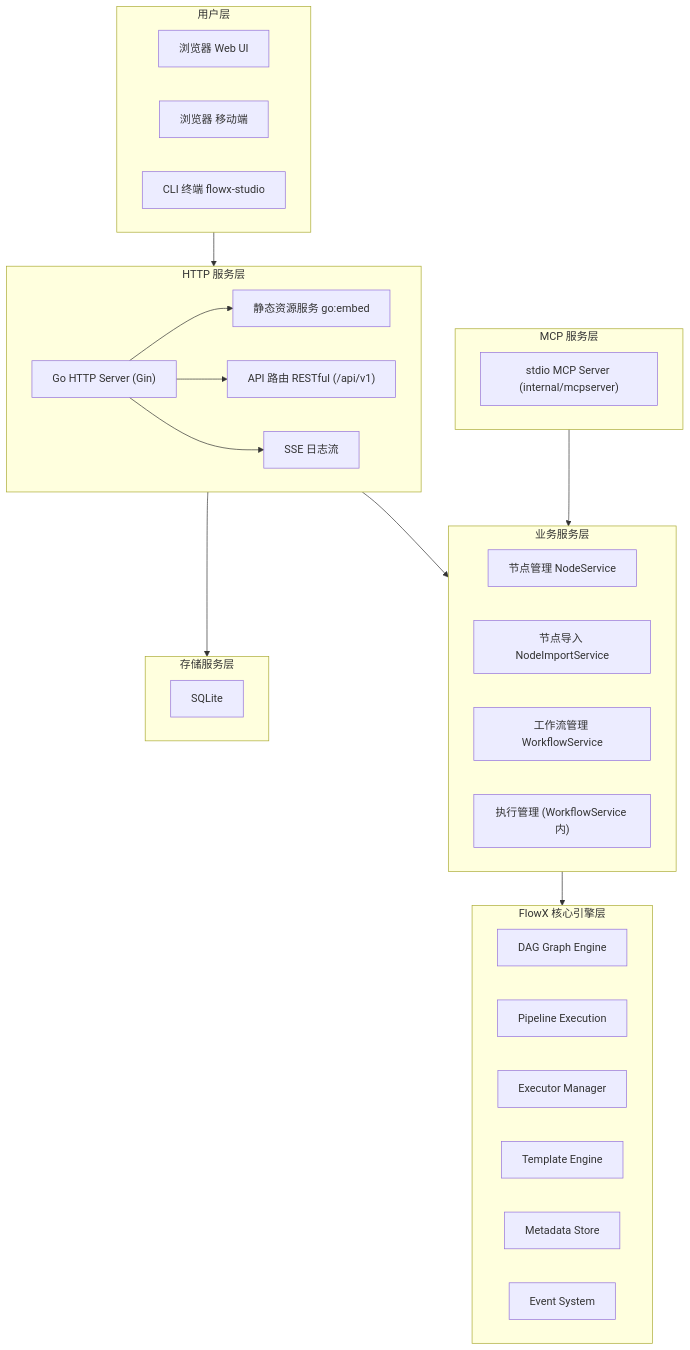
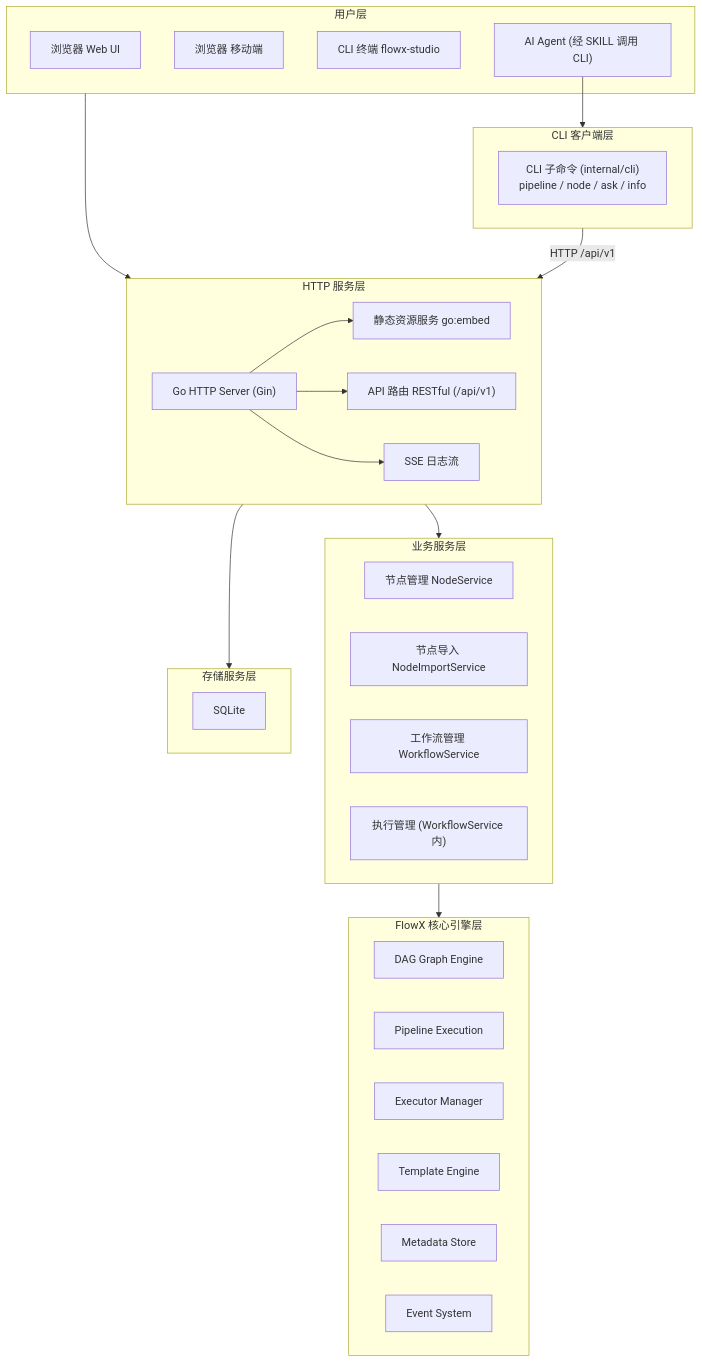
One commit to LerkoX/flowx-studio changed the first of 5 diagrams in docs/02-architecture.md. Above: the diagram before and after it, drawn with Mermaid. The commit also changed other lines of this file and 20 other files, not shown here.

First line of the commit message:
docs: replace MCP integration with SKILL + CLI progressive disclosure

````diff
--- a/docs/02-architecture.md
+++ b/docs/02-architecture.md
@@ -43,48 +43,50 @@
 ```mermaid
 flowchart TD
     subgraph UserLayer["用户层"]
         Browser1["浏览器 Web UI"]
         Browser2["浏览器 移动端"]
         CLI["CLI 终端 flowx-studio"]
+        Agent["AI Agent (经 SKILL 调用 CLI)"]
     end
     
     subgraph HTTPServer["HTTP 服务层"]
         GoServer["Go HTTP Server (Gin)"]
         Static["静态资源服务 go:embed"]
         API["API 路由 RESTful (/api/v1)"]
         SSE["SSE 日志流"]
     end
     
     subgraph BusinessLayer["业务服务层"]
         NodeMgmt["节点管理 NodeService"]
         NodeImport["节点导入 NodeImportService"]
         WorkflowMgmt["工作流管理 WorkflowService"]
         ExecMgmt["执行管理 (WorkflowService 内)"]
     end
     
-    subgraph MCPLayer["MCP 服务层"]
-        MCP["stdio MCP Server (internal/mcpserver)"]
+    subgraph CLILayer["CLI 客户端层"]
+        CLICmd["CLI 子命令 (internal/cli)<br/>pipeline / node / ask / info"]
     end
     
     subgraph StorageLayer["存储服务层"]
         SQLite["SQLite"]
     end
     
     subgraph FlowXEngine["FlowX 核心引擎层"]
         DAG["DAG Graph Engine"]
         Pipeline["Pipeline Execution"]
         ExecutorMgr["Executor Manager"]
         Template["Template Engine"]
         Metadata["Metadata Store"]
         EventSys["Event System"]
     end
     
+    Agent --> CLILayer
     UserLayer --> HTTPServer
     GoServer --> Static
     GoServer --> API
     GoServer --> SSE
     HTTPServer --> BusinessLayer
     HTTPServer --> StorageLayer
-    MCPLayer --> BusinessLayer
+    CLILayer -- "HTTP /api/v1" --> HTTPServer
     BusinessLayer --> FlowXEngine
 ```
````
